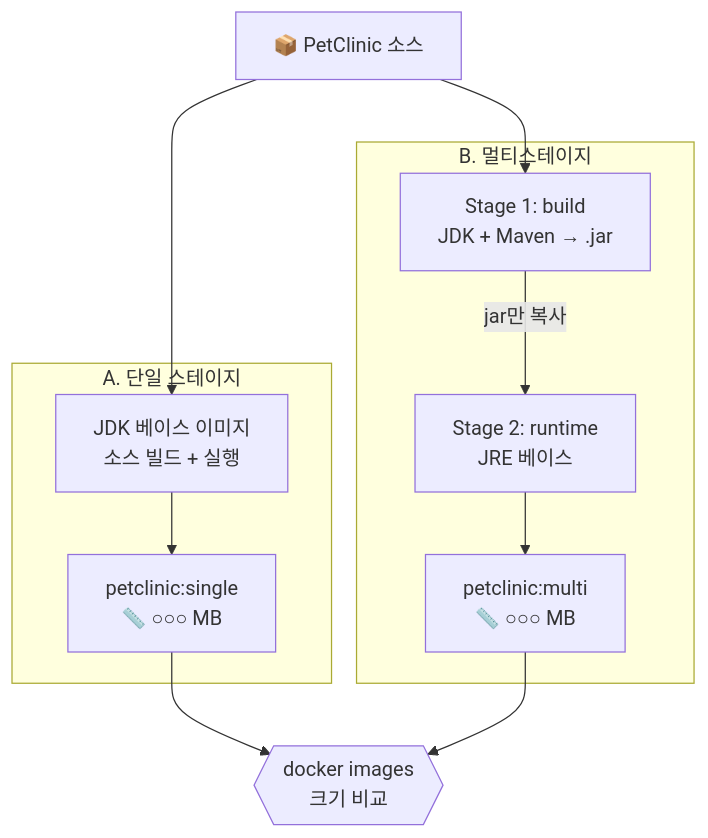
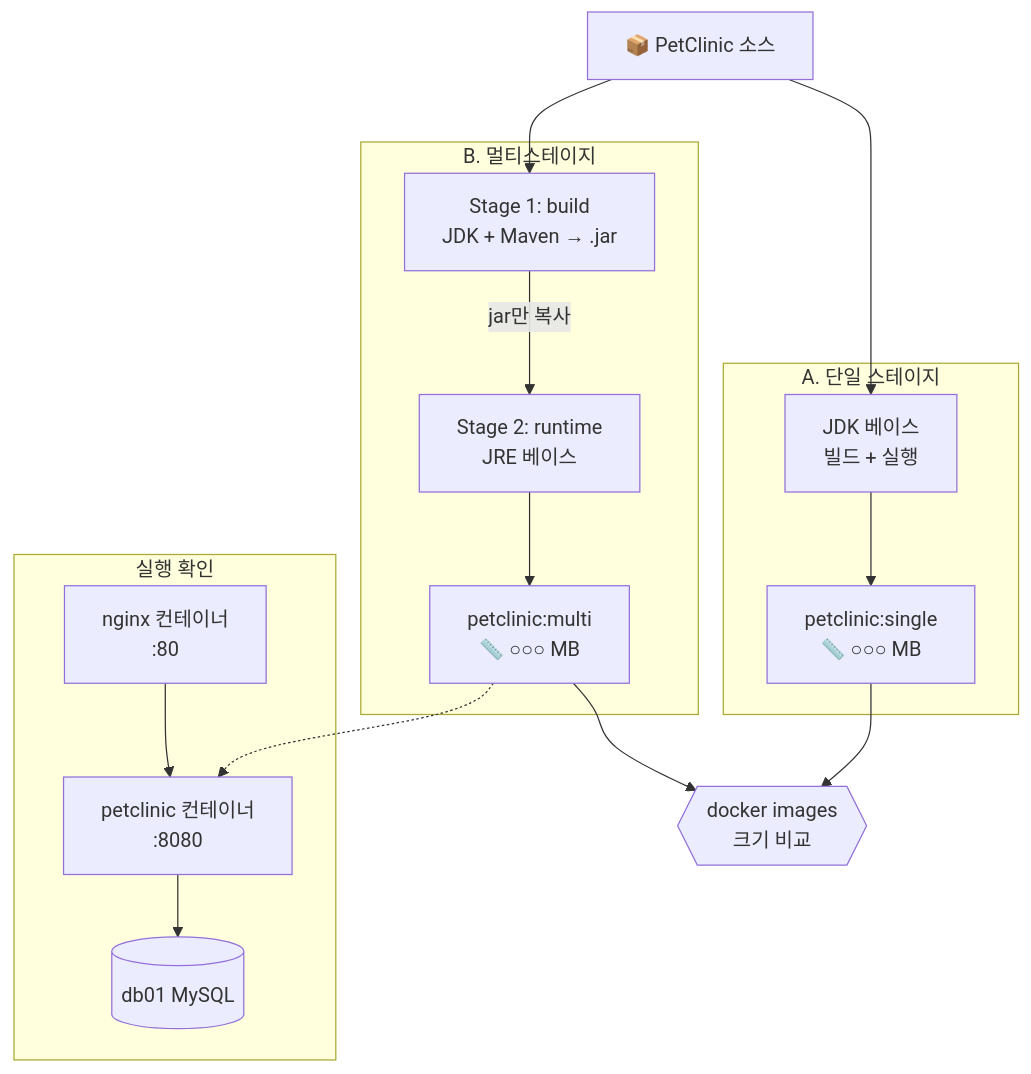
The third of 6 diagrams in README.md (Halee0090/petclinic-migration), drawn with Mermaid before and after one commit. The commit also changed other lines of this file and 5 other files, not shown here.

````diff
--- a/README.md
+++ b/README.md
@@ -88,17 +97,22 @@
 ```mermaid
 flowchart TB
     SRC["📦 PetClinic 소스"]
 
     subgraph A["A. 단일 스테이지"]
-        A1["JDK 베이스 이미지<br/>소스 빌드 + 실행"] --> AIMG["petclinic:single<br/>📏 ○○○ MB"]
+        A1["JDK 베이스<br/>빌드 + 실행"] --> AIMG["petclinic:single<br/>📏 ○○○ MB"]
     end
 
     subgraph B["B. 멀티스테이지"]
         B1["Stage 1: build<br/>JDK + Maven → .jar"] -- "jar만 복사" --> B2["Stage 2: runtime<br/>JRE 베이스"]
         B2 --> BIMG["petclinic:multi<br/>📏 ○○○ MB"]
     end
 
     SRC --> A1
     SRC --> B1
     AIMG & BIMG --> CMP{{"docker images<br/>크기 비교"}}
+
+    subgraph RUN["실행 확인"]
+        N["nginx 컨테이너<br/>:80"] --> W["petclinic 컨테이너<br/>:8080"] --> D[("db01 MySQL")]
+    end
+    BIMG -.-> W
 ```
````
